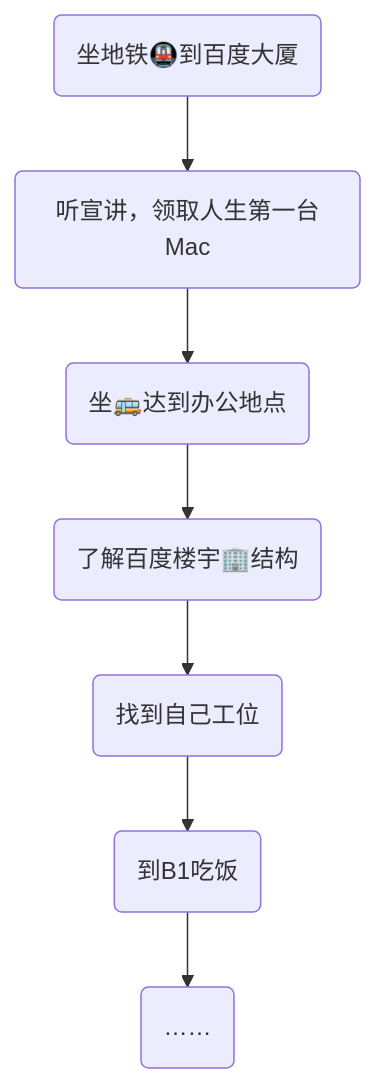
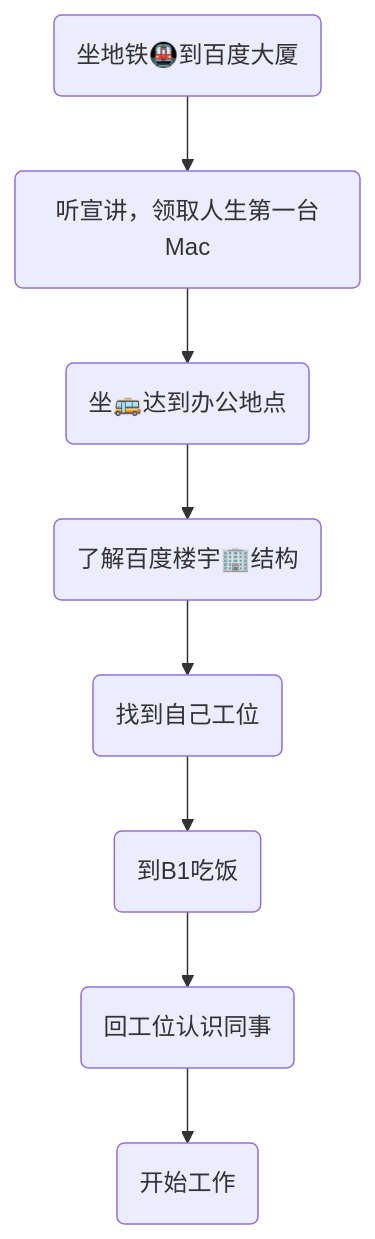
Before and after one commit to wlkla/onebuaaer.github.io: the diagram in backup/百度实习第一天.md, drawn with Mermaid. The commit also changed other lines of this file and 4 other files, not shown here.

````diff
--- a/backup/百度实习第一天.md
+++ b/backup/百度实习第一天.md
@@ -3,11 +5,12 @@
 ```mermaid
 graph TB
     A(坐地铁🚇到百度大厦)
     B(听宣讲，领取人生第一台Mac)
     C(坐🚌达到办公地点)
     D(了解百度楼宇🏢结构)
     E(找到自己工位)
     F(到B1吃饭)
-    G(……)
-    A --> B --> C --> D --> E --> F --> G
+    G(回工位认识同事)
+    H(开始工作)
+    A --> B --> C --> D --> E --> F --> G --> H
 ```
````
